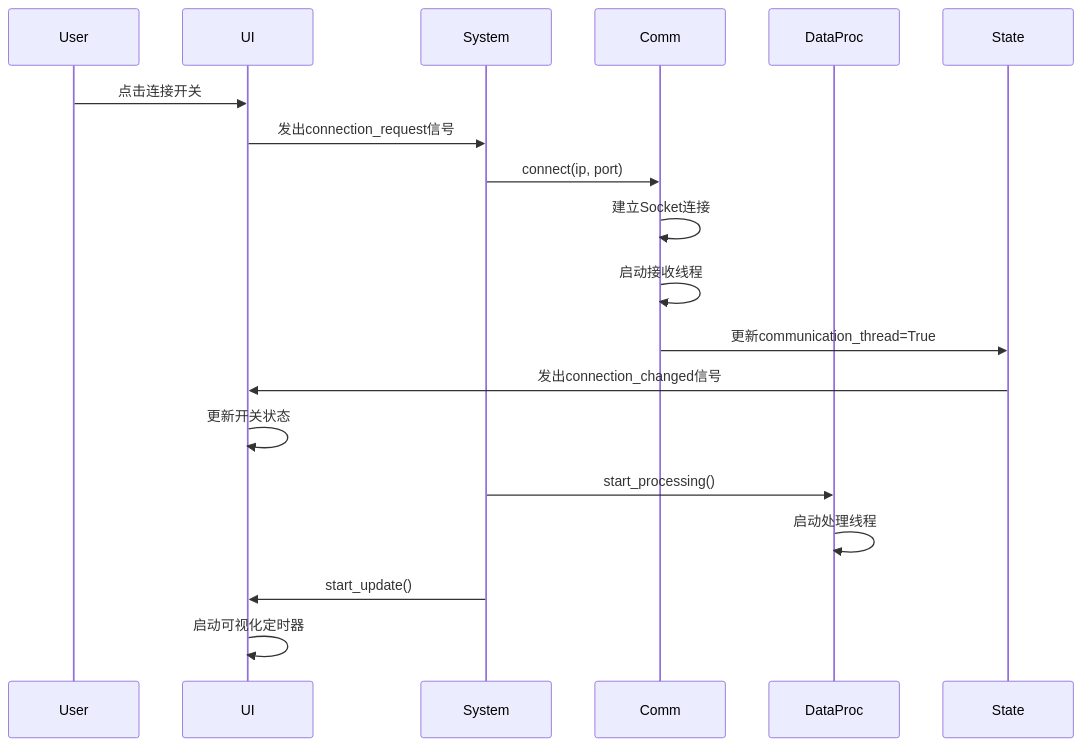
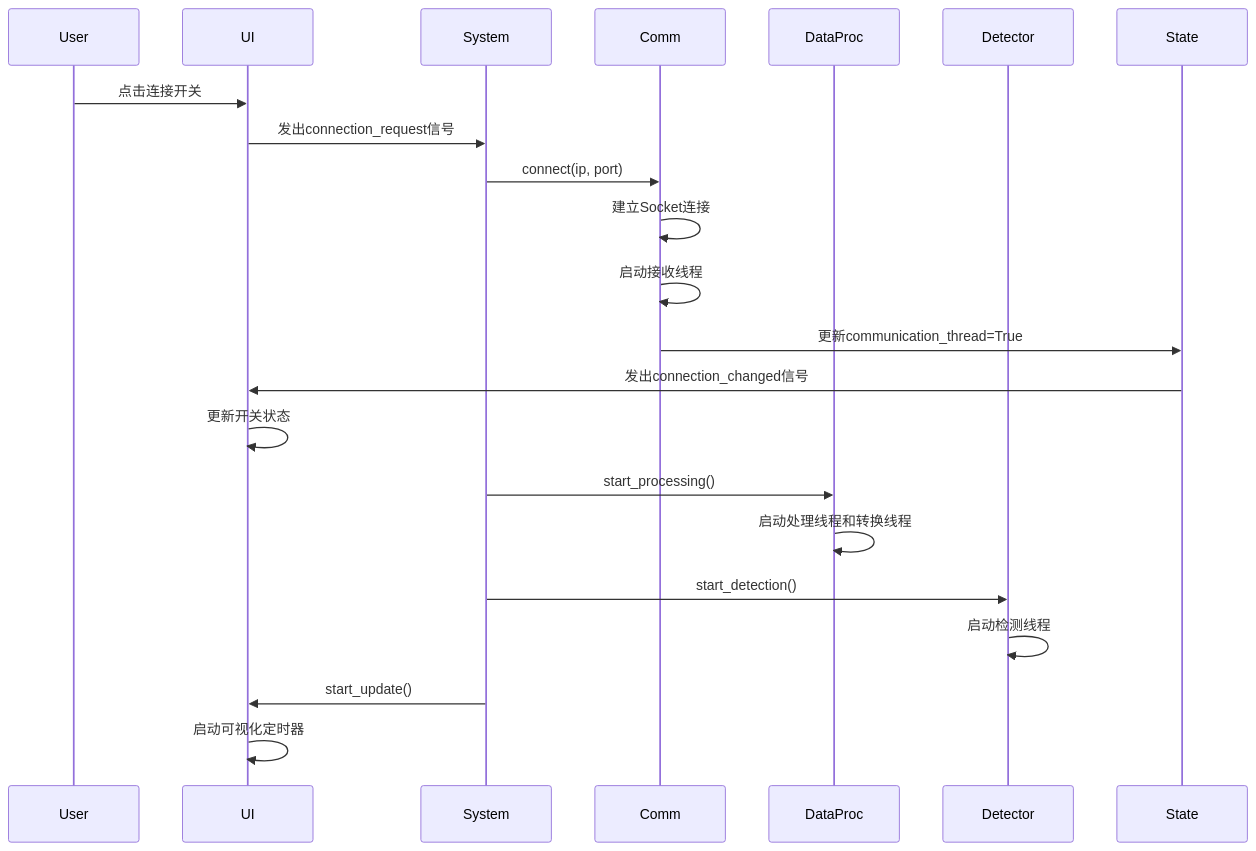
The diagram in Documents/系统架构设计文档.md (EtherealTide/Drone-Spectrums-Detection), drawn with Mermaid before and after one commit. The commit also changed other lines of this file and 2 other files, not shown here.

Commit message:
docs(system): 重构无人机检测系统文档并增强算法层细节- 更新系统概述，纳入深度学习集成与四层架构。- 扩展设计目标，强调实时YOLO检测与用户界面优化。- 修订技术栈以反映新算法及处理层。- 详细说明算法层职责，包括YOLOv8实现与检测流程。- 完善DroneDetector类设计文档，涵盖核心方法与线程管理机制- 优化数据流图及性能提升策略

````diff
--- a/Documents/系统架构设计文档.md
+++ b/Documents/系统架构设计文档.md
@@ -175,21 +225,24 @@
 ```mermaid
 sequenceDiagram
     participant User
     participant UI
     participant System
     participant Comm
     participant DataProc
+    participant Detector
 
     User->>UI: 点击连接开关
     UI->>System: 发出connection_request信号
     System->>Comm: connect(ip, port)
     Comm->>Comm: 建立Socket连接
     Comm->>Comm: 启动接收线程
     Comm->>State: 更新communication_thread=True
     State->>UI: 发出connection_changed信号
     UI->>UI: 更新开关状态
     System->>DataProc: start_processing()
-    DataProc->>DataProc: 启动处理线程
+    DataProc->>DataProc: 启动处理线程和转换线程
+    System->>Detector: start_detection()
+    Detector->>Detector: 启动检测线程
     System->>UI: start_update()
     UI->>UI: 启动可视化定时器
 ```
````
